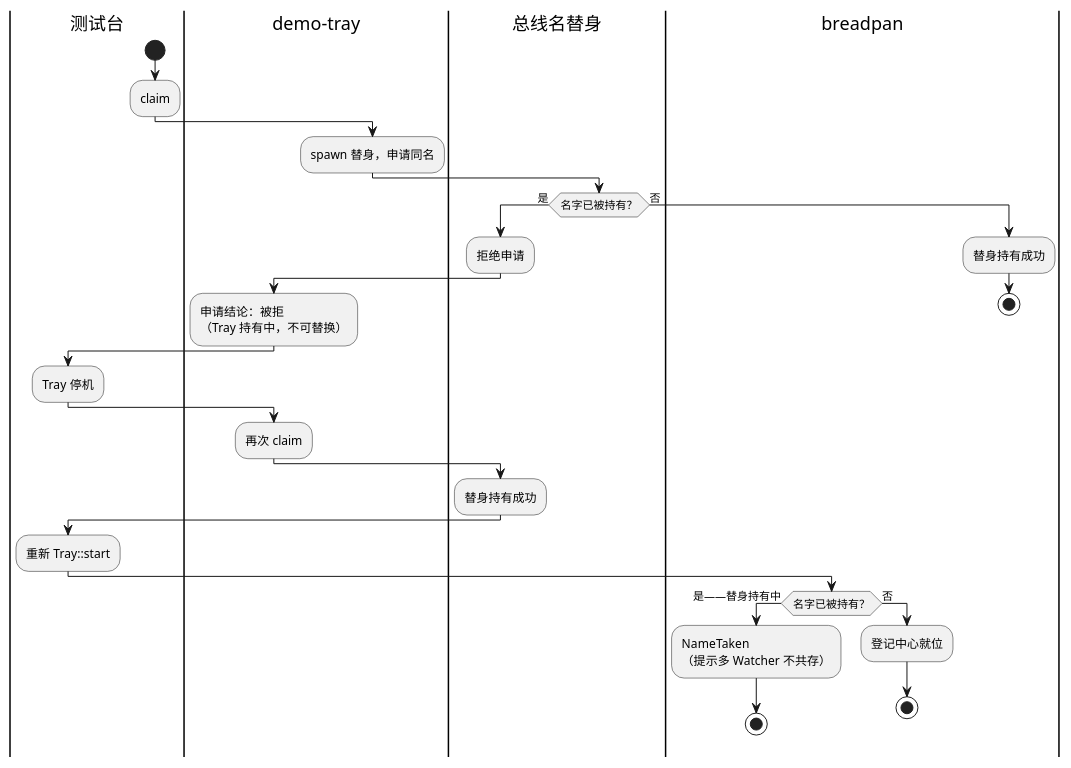
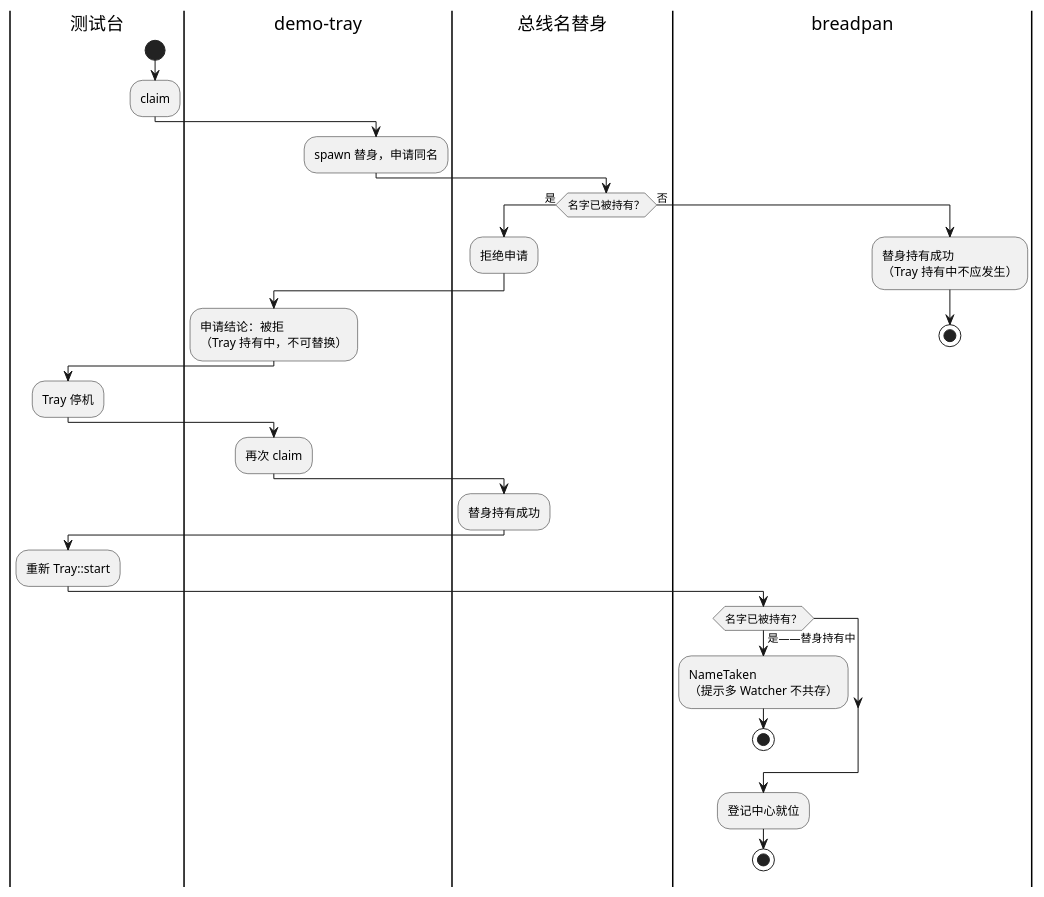
Before and after one commit to 54m43lJ/BreadKnife: the diagram in diagram/demo-tray-name-exclusivity.puml, drawn with PlantUML. The commit also changed 7 other files, not shown here.

First line of the commit message:
style: 图容器回归 pre 形态；活动图卫语句纵向布局

```diff
--- a/diagram/demo-tray-name-exclusivity.puml
+++ b/diagram/demo-tray-name-exclusivity.puml
@@ -1,34 +1,34 @@
 @startuml demo-tray-name-exclusivity
 |测试台|
 start
 :claim;
 |demo-tray|
 :spawn 替身，申请同名;
 |总线名替身|
 if (名字已被持有？) then (是)
   :拒绝申请;
   |demo-tray|
   :申请结论：被拒
   （Tray 持有中，不可替换）;
   |测试台|
   :Tray 停机;
   |demo-tray|
   :再次 claim;
   |总线名替身|
   :替身持有成功;
   |测试台|
   :重新 Tray::start;
   |breadpan|
   if (名字已被持有？) then (是——替身持有中)
     :NameTaken
     （提示多 Watcher 不共存）;
     stop
-  else (否)
-    :登记中心就位;
-    stop
   endif
+  :登记中心就位;
+  stop
 else (否)
-  :替身持有成功;
+  :替身持有成功
+  （Tray 持有中不应发生）;
   stop
 endif
 @enduml
```
